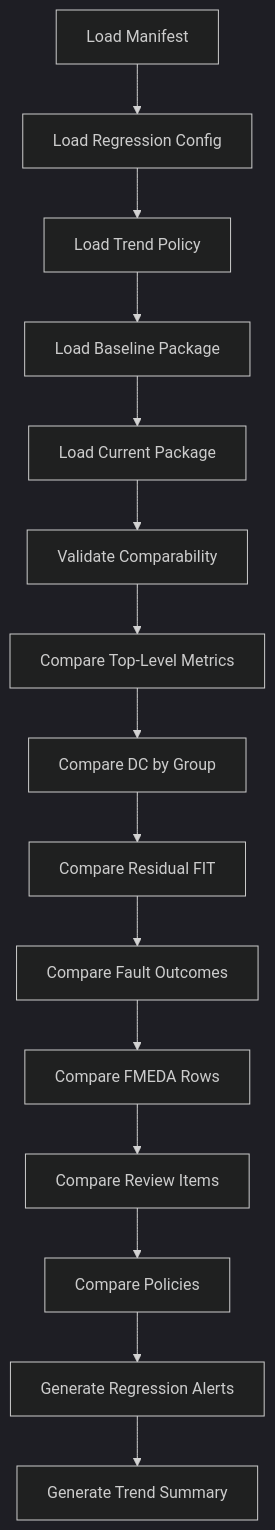
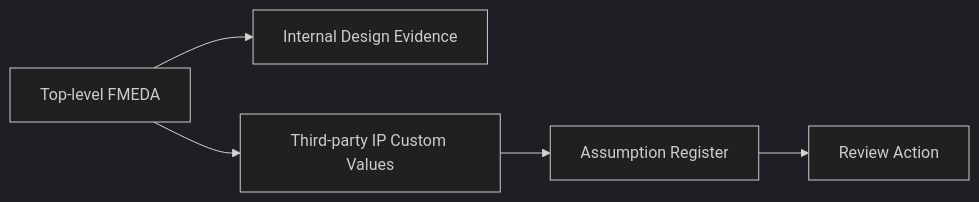
The sixth of 7 diagrams in articles/16_automotive_safeic_practice_d16_github_en_regression_and_trend_tracking.md (qiqixixi1001/automotive-safeic-practice), drawn with Mermaid (dark theme) before and after one commit. The commit also changed other lines of this file, not shown here.

````diff
--- a/articles/16_automotive_safeic_practice_d16_github_en_regression_and_trend_tracking.md
+++ b/articles/16_automotive_safeic_practice_d16_github_en_regression_and_trend_tracking.md
@@ -1287,17 +558,7 @@
 ```mermaid
-flowchart TD
-    A[Load Manifest] --> B[Load Regression Config]
-    B --> C[Load Trend Policy]
-    C --> D[Load Baseline Package]
-    D --> E[Load Current Package]
-    E --> F[Validate Comparability]
-    F --> G[Compare Top-Level Metrics]
-    G --> H[Compare DC by Group]
-    H --> I[Compare Residual FIT]
-    I --> J[Compare Fault Outcomes]
-    J --> K[Compare FMEDA Rows]
-    K --> L[Compare Review Items]
-    L --> M[Compare Policies]
-    M --> N[Generate Regression Alerts]
-    N --> O[Generate Trend Summary]
+flowchart LR
+    A[Top-level FMEDA] --> B[Internal Design Evidence]
+    A --> C[Third-party IP Custom Values]
+    C --> D[Assumption Register]
+    D --> E[Review Action]
 ```
````
